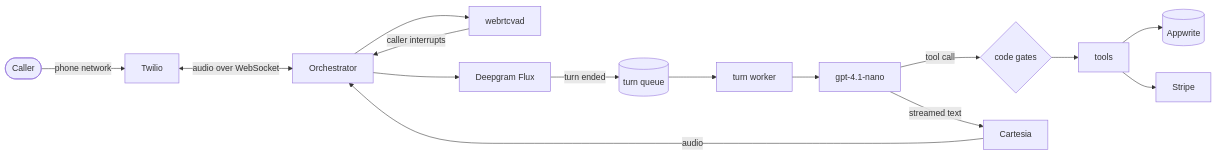
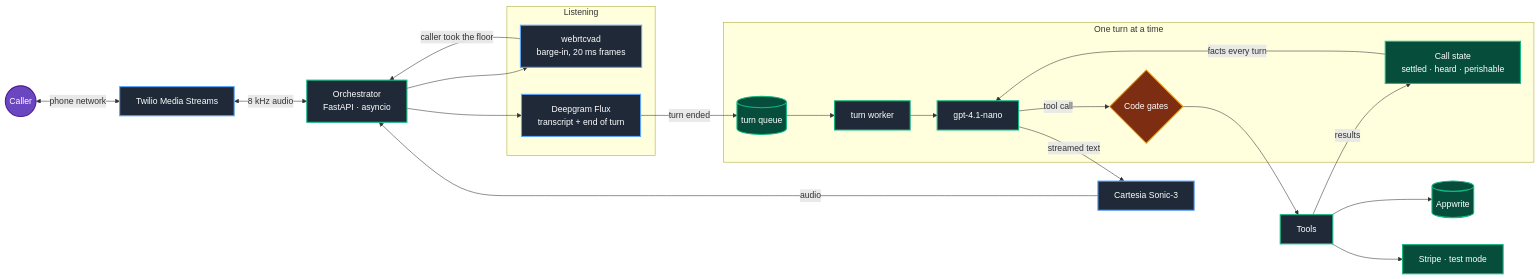
The diagram in README.md (My-CMDhub/Ovela-AI), drawn with Mermaid before and after one commit. The commit also changed other lines of this file and 5 other files, not shown here.

````diff
--- a/README.md
+++ b/README.md
@@ -41,19 +46,33 @@
 ```mermaid
 flowchart LR
-    C([Caller]) -- phone network --> T[Twilio]
-    T <-- audio over WebSocket --> O[Orchestrator]
+    classDef caller fill:#6b46c1,stroke:#4c1d95,stroke-width:2px,color:#fff
+    classDef voice fill:#1f2937,stroke:#60a5fa,stroke-width:2px,color:#fff
+    classDef core fill:#1f2937,stroke:#10b981,stroke-width:2px,color:#fff
+    classDef gate fill:#7c2d12,stroke:#f59e0b,stroke-width:2px,color:#fff
+    classDef store fill:#064e3b,stroke:#10b981,stroke-width:2px,color:#fff
 
-    O --> V[webrtcvad]
-    V -- caller interrupts --> O
-    O --> D[Deepgram Flux]
-    D -- turn ended --> Q[(turn queue)]
-    Q --> W[turn worker]
+    C((Caller)):::caller <-->|phone network| T[Twilio Media Streams]:::voice
+    T <-->|8 kHz audio| O[Orchestrator<br/>FastAPI · asyncio]:::core
 
-    W --> L[gpt-4.1-nano]
-    L -- tool call --> G{code gates}
-    G --> X[tools]
-    X --> A[(Appwrite)]
-    X --> S[Stripe]
-    L -- streamed text --> K[Cartesia]
-    K -- audio --> O
+    subgraph LISTEN [Listening]
+        V[webrtcvad<br/>barge-in, 20 ms frames]:::voice
+        D[Deepgram Flux<br/>transcript + end of turn]:::voice
+    end
+
+    subgraph THINK [One turn at a time]
+        Q[(turn queue)]:::store
+        W[turn worker]:::core
+        S[Call state<br/>settled · heard · perishable]:::store
+        L[gpt-4.1-nano]:::core
+        G{Code gates}:::gate
+    end
+
+    O --> V -->|caller took the floor| O
+    O --> D -->|turn ended| Q --> W
+    S -->|facts every turn| L
+    W --> L -->|tool call| G --> X[Tools]:::core
+    X --> A[(Appwrite)]:::store
+    X --> P[Stripe · test mode]:::store
+    X -->|results| S
+    L -->|streamed text| K[Cartesia Sonic-3]:::voice -->|audio| O
 ```
````
